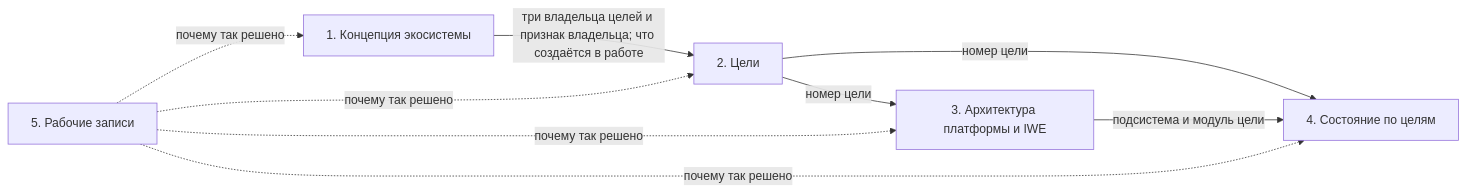
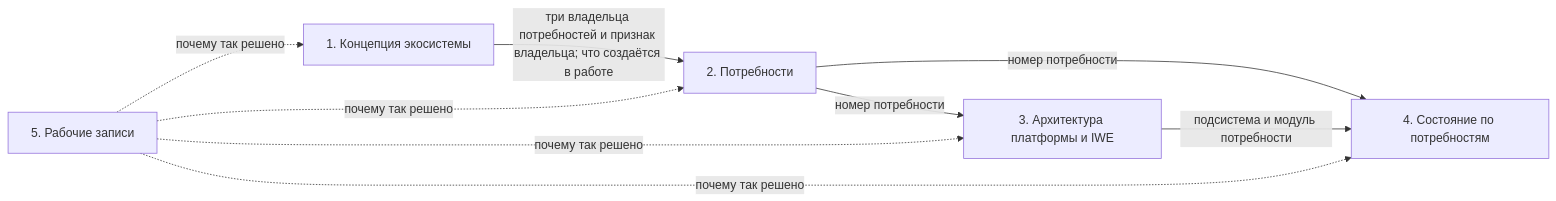
Before and after one commit to MimEcoSys/PACK-ecosystem: the diagram in pack/ecosystem/07-map/ECO.MAP.003-five-documents.md, drawn with Mermaid. The commit also changed other lines of this file and 1 other file, not shown here.

````diff
--- a/pack/ecosystem/07-map/ECO.MAP.003-five-documents.md
+++ b/pack/ecosystem/07-map/ECO.MAP.003-five-documents.md
@@ -104,16 +106,16 @@
 ```mermaid
 flowchart LR
     D1["1. Концепция экосистемы"]
-    D2["2. Цели"]
+    D2["2. Потребности"]
     D3["3. Архитектура платформы и IWE"]
-    D4["4. Состояние по целям"]
+    D4["4. Состояние по потребностям"]
     D5["5. Рабочие записи"]
-    D1 -- "три владельца целей и признак владельца; что создаётся в работе" --> D2
-    D2 -- "номер цели" --> D3
-    D2 -- "номер цели" --> D4
-    D3 -- "подсистема и модуль цели" --> D4
+    D1 -- "три владельца потребностей и признак владельца; что создаётся в работе" --> D2
+    D2 -- "номер потребности" --> D3
+    D2 -- "номер потребности" --> D4
+    D3 -- "подсистема и модуль потребности" --> D4
     D5 -. "почему так решено" .-> D1
     D5 -. "почему так решено" .-> D2
     D5 -. "почему так решено" .-> D3
     D5 -. "почему так решено" .-> D4
 ```
````
